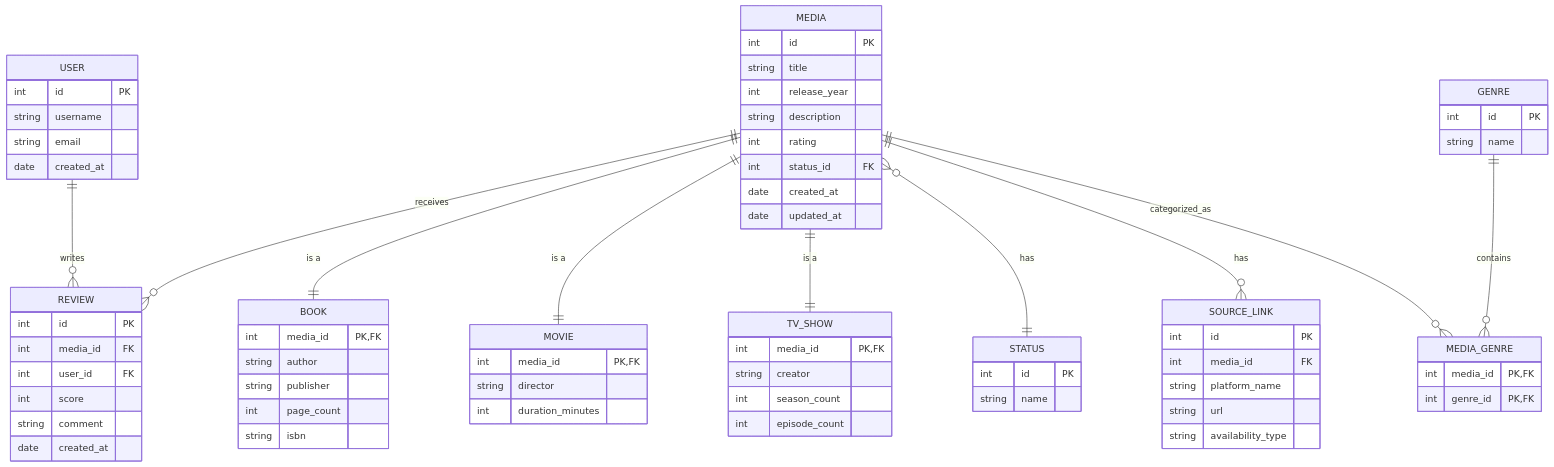
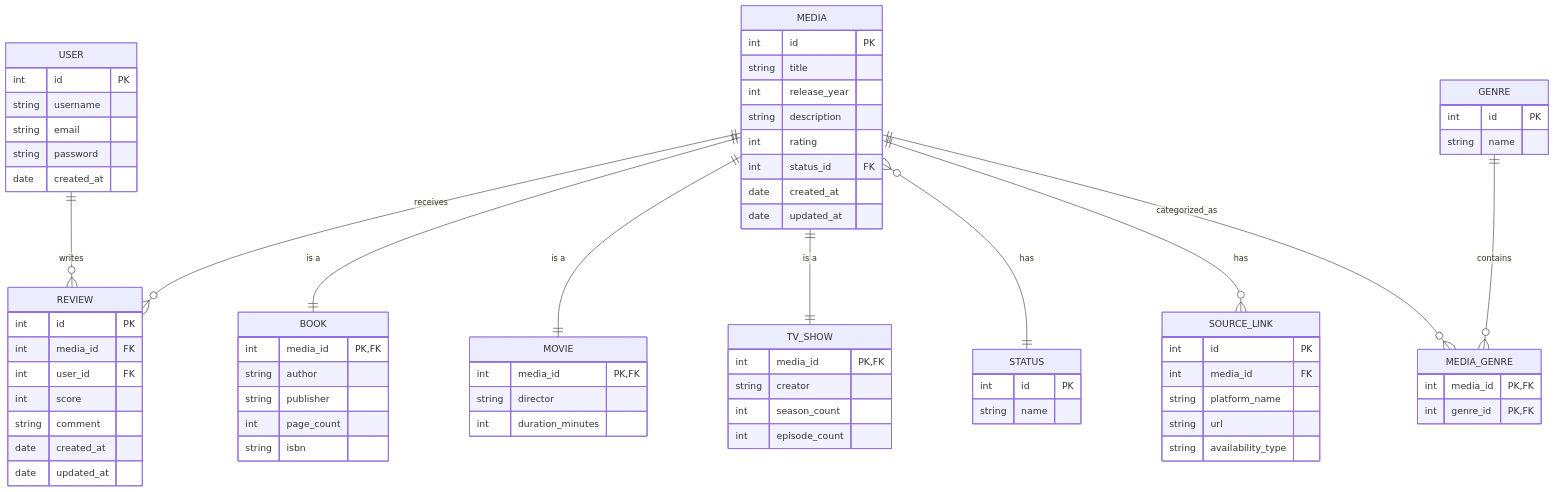
Before and after one commit to lalouxjm/media_tracker: the diagram in docs/diagram.md, drawn with Mermaid. The commit also changed 14 other files, not shown here.

```diff
--- a/docs/diagram.md
+++ b/docs/diagram.md
@@ -16,6 +16,7 @@
         int id PK
         string username
         string email
+        string password
         date created_at
     }
 
@@ -73,6 +74,7 @@
         int score
         string comment
         date created_at
+        date updated_at
     }
 
     SOURCE_LINK {
```
